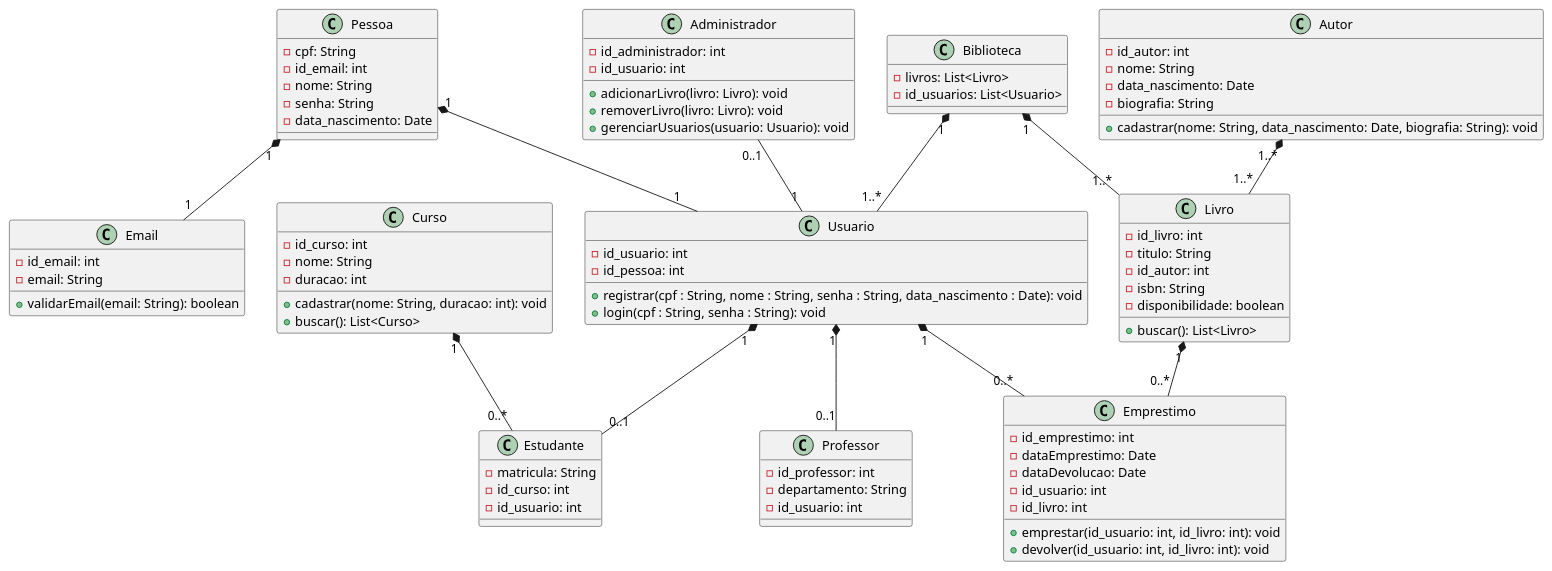
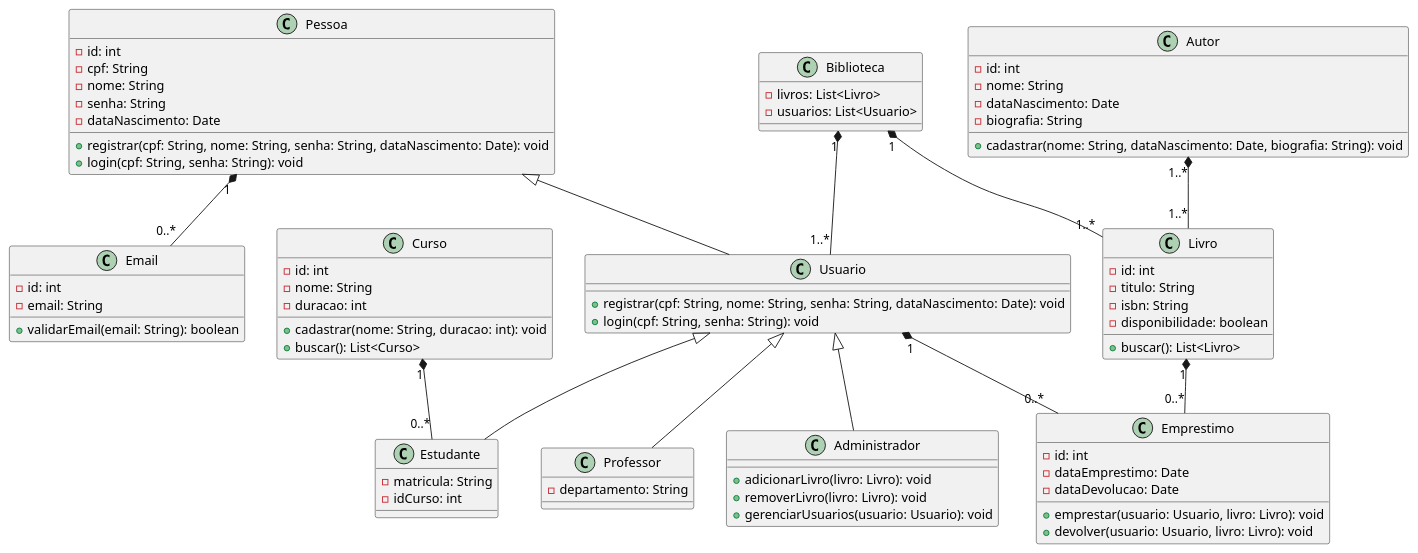
One commit to JuniorSlongo/biblioteca-poo2 changed the diagram in biblioteca/docs/cd.wsd. Above: the diagram before and after it, drawn with PlantUML. The commit also changed 1 other file, not shown here.

```diff
--- a/biblioteca/docs/cd.wsd
+++ b/biblioteca/docs/cd.wsd
@@ -1,103 +1,88 @@
 @startuml Biblioteca
 
 class Email {
-  - id_email: int
+  - id: int
   - email: String
   + validarEmail(email: String): boolean
 }
 
 class Pessoa {
+  - id: int
   - cpf: String
-  - id_email: int
   - nome: String
   - senha: String
-  - data_nascimento: Date
+  - dataNascimento: Date
+  + registrar(cpf: String, nome: String, senha: String, dataNascimento: Date): void
+  + login(cpf: String, senha: String): void
 }
 
-class Usuario {
-  - id_usuario: int
-  - id_pessoa: int
-  + registrar(cpf : String, nome : String, senha : String, data_nascimento : Date): void
-  + login(cpf : String, senha : String): void
+class Usuario extends Pessoa {
+  + registrar(cpf: String, nome: String, senha: String, dataNascimento: Date): void
+  + login(cpf: String, senha: String): void
 }
 
 class Curso {
-  - id_curso: int
+  - id: int
   - nome: String
   - duracao: int
   + cadastrar(nome: String, duracao: int): void
   + buscar(): List<Curso>
 }
 
-class Estudante {
+class Estudante extends Usuario {
   - matricula: String
-  - id_curso: int
-  - id_usuario: int
+  - idCurso: int
 }
 
-class Professor {
-  - id_professor: int
+class Professor extends Usuario {
   - departamento: String
-  - id_usuario: int
 }
 
-
 class Autor {
-  - id_autor: int
+  - id: int
   - nome: String
-  - data_nascimento: Date
+  - dataNascimento: Date
   - biografia: String
-  + cadastrar(nome: String, data_nascimento: Date, biografia: String): void
+  + cadastrar(nome: String, dataNascimento: Date, biografia: String): void
 }
 
 class Livro {
-  - id_livro: int
+  - id: int
   - titulo: String
-  - id_autor: int
   - isbn: String
   - disponibilidade: boolean
   + buscar(): List<Livro>
 }
 
 class Emprestimo {
-  - id_emprestimo: int
+  - id: int
   - dataEmprestimo: Date
   - dataDevolucao: Date
-  - id_usuario: int
-  - id_livro: int
-  + emprestar(id_usuario: int, id_livro: int): void
-  + devolver(id_usuario: int, id_livro: int): void
+  + emprestar(usuario: Usuario, livro: Livro): void
+  + devolver(usuario: Usuario, livro: Livro): void
 }
 
-class Administrador {
-  - id_administrador: int
-  - id_usuario: int
+class Administrador extends Usuario {
   + adicionarLivro(livro: Livro): void
   + removerLivro(livro: Livro): void
   + gerenciarUsuarios(usuario: Usuario): void
 }
 
 class Biblioteca {
   - livros: List<Livro>
-  - id_usuarios: List<Usuario>
+  - usuarios: List<Usuario>
 }
 
-Usuario "1" *-- "0..1" Estudante
-Usuario "1" *-- "0..1" Professor
+Pessoa "1" *-- "0..*" Email
 
 Livro "1" *-- "0..*" Emprestimo
 Usuario "1" *-- "0..*" Emprestimo
 
 Biblioteca "1" *-- "1..*" Livro
 Biblioteca "1" *-- "1..*" Usuario
 
-Administrador "0..1" -- "1" Usuario
-
-Pessoa "1" *-- "1" Email
-Pessoa "1" *-- "1" Usuario
-
 Curso "1" *-- "0..*" Estudante
 
 Autor "1..*" *-- "1..*" Livro
 
 @enduml
```
